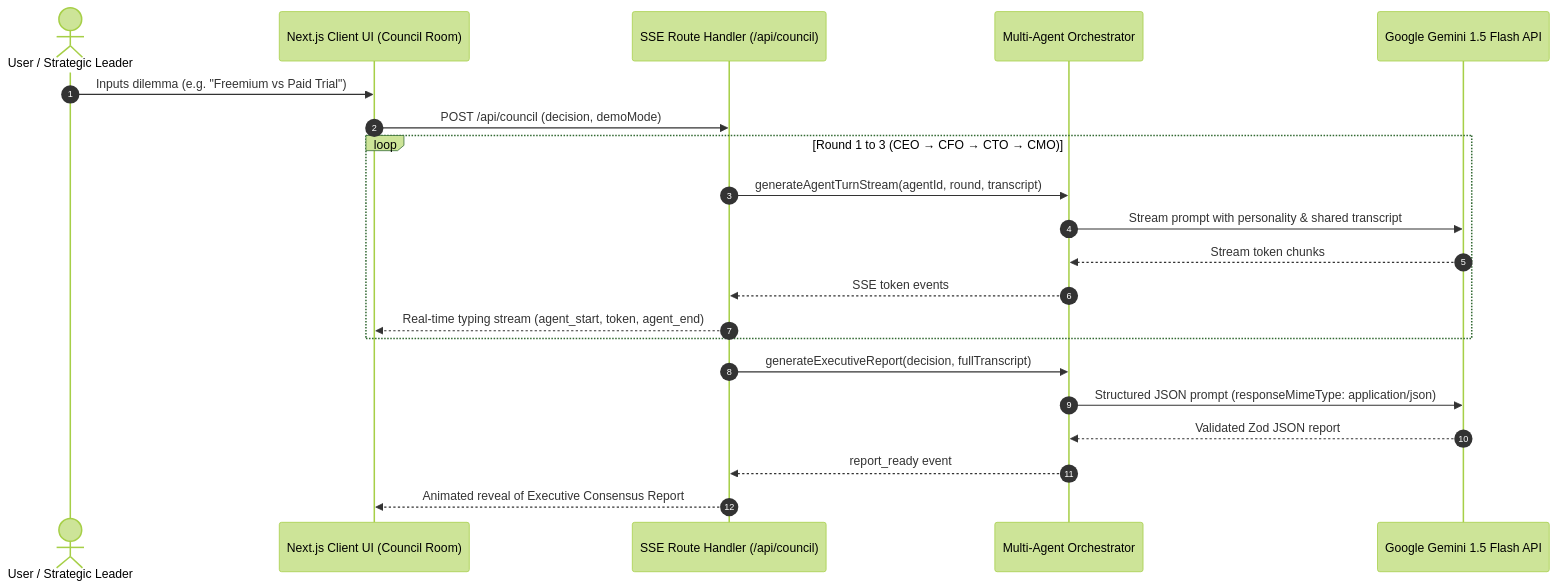
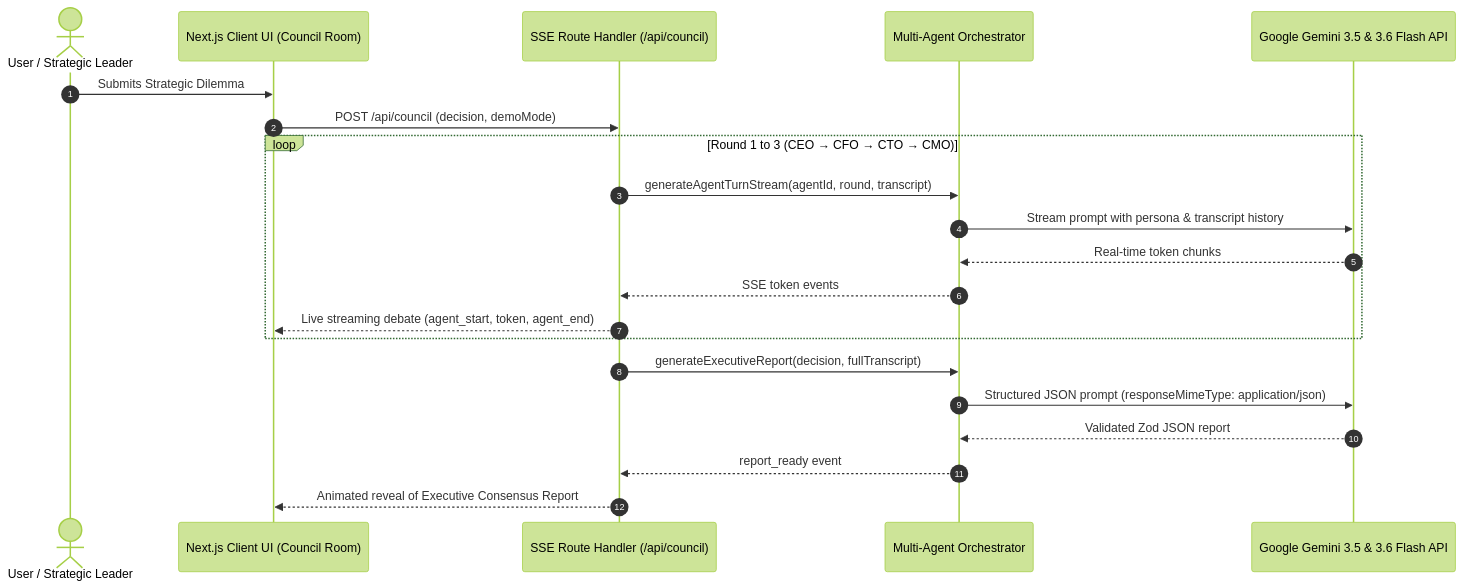
Before and after one commit to Unique-exe19/CouncilAI-: the diagram in README.md, drawn with Mermaid (forest theme). The commit also changed other lines of this file and 10 other files, not shown here.

````diff
--- a/README.md
+++ b/README.md
@@ -31,26 +40,26 @@
 ```mermaid
 sequenceDiagram
     autonumber
     actor User as User / Strategic Leader
     participant UI as Next.js Client UI (Council Room)
     participant Route as SSE Route Handler (/api/council)
     participant Orch as Multi-Agent Orchestrator
-    participant Gemini as Google Gemini 1.5 Flash API
+    participant Gemini as Google Gemini 3.5 & 3.6 Flash API
 
-    User->>UI: Inputs dilemma (e.g. "Freemium vs Paid Trial")
+    User->>UI: Submits Strategic Dilemma
     UI->>Route: POST /api/council (decision, demoMode)
     
     loop Round 1 to 3 (CEO → CFO → CTO → CMO)
         Route->>Orch: generateAgentTurnStream(agentId, round, transcript)
-        Orch->>Gemini: Stream prompt with personality & shared transcript
-        Gemini-->>Orch: Stream token chunks
+        Orch->>Gemini: Stream prompt with persona & transcript history
+        Gemini-->>Orch: Real-time token chunks
         Orch-->>Route: SSE token events
-        Route-->>UI: Real-time typing stream (agent_start, token, agent_end)
+        Route-->>UI: Live streaming debate (agent_start, token, agent_end)
     end
 
     Route->>Orch: generateExecutiveReport(decision, fullTranscript)
     Orch->>Gemini: Structured JSON prompt (responseMimeType: application/json)
     Gemini-->>Orch: Validated Zod JSON report
     Orch-->>Route: report_ready event
     Route-->>UI: Animated reveal of Executive Consensus Report
 ```
````
